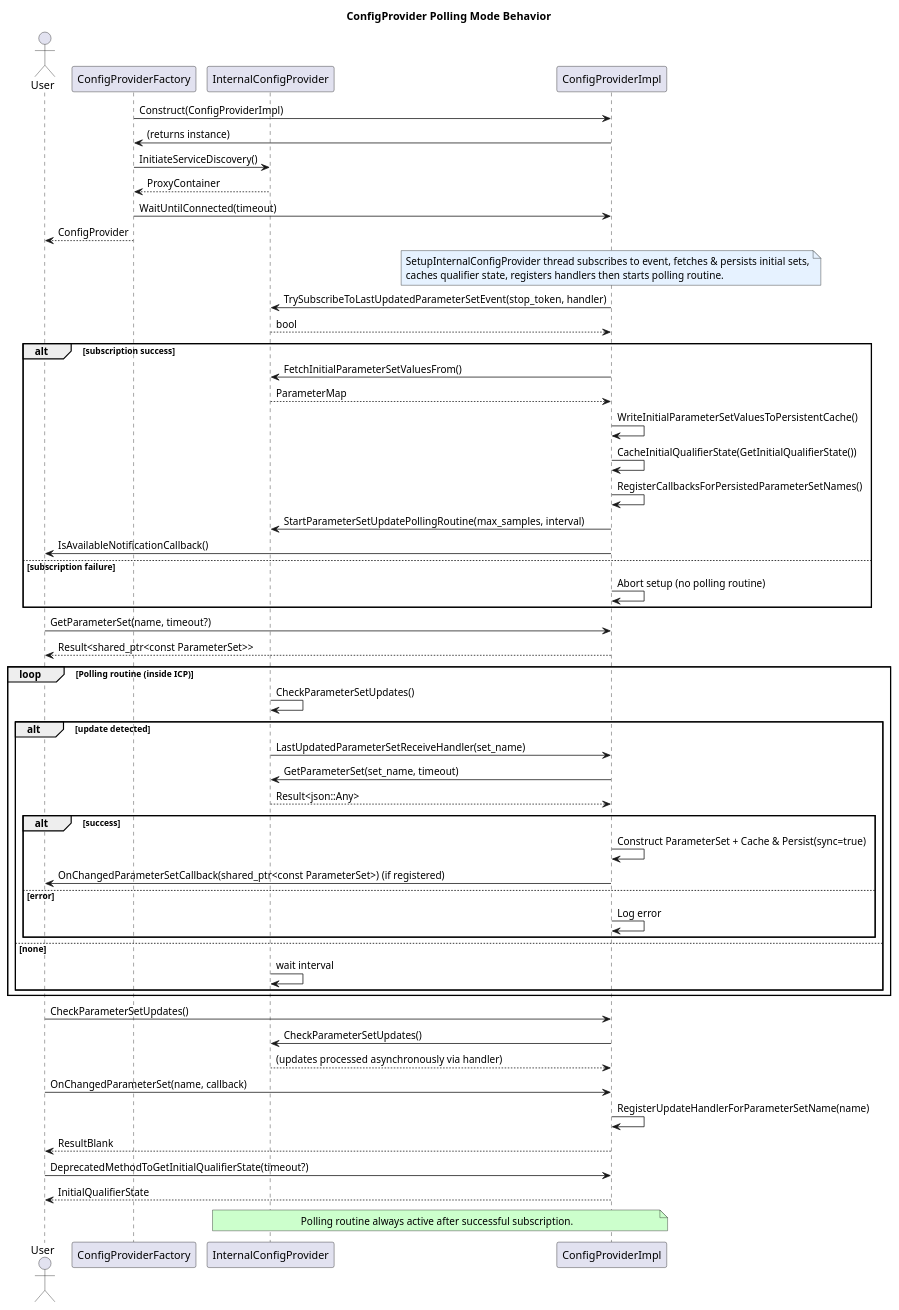
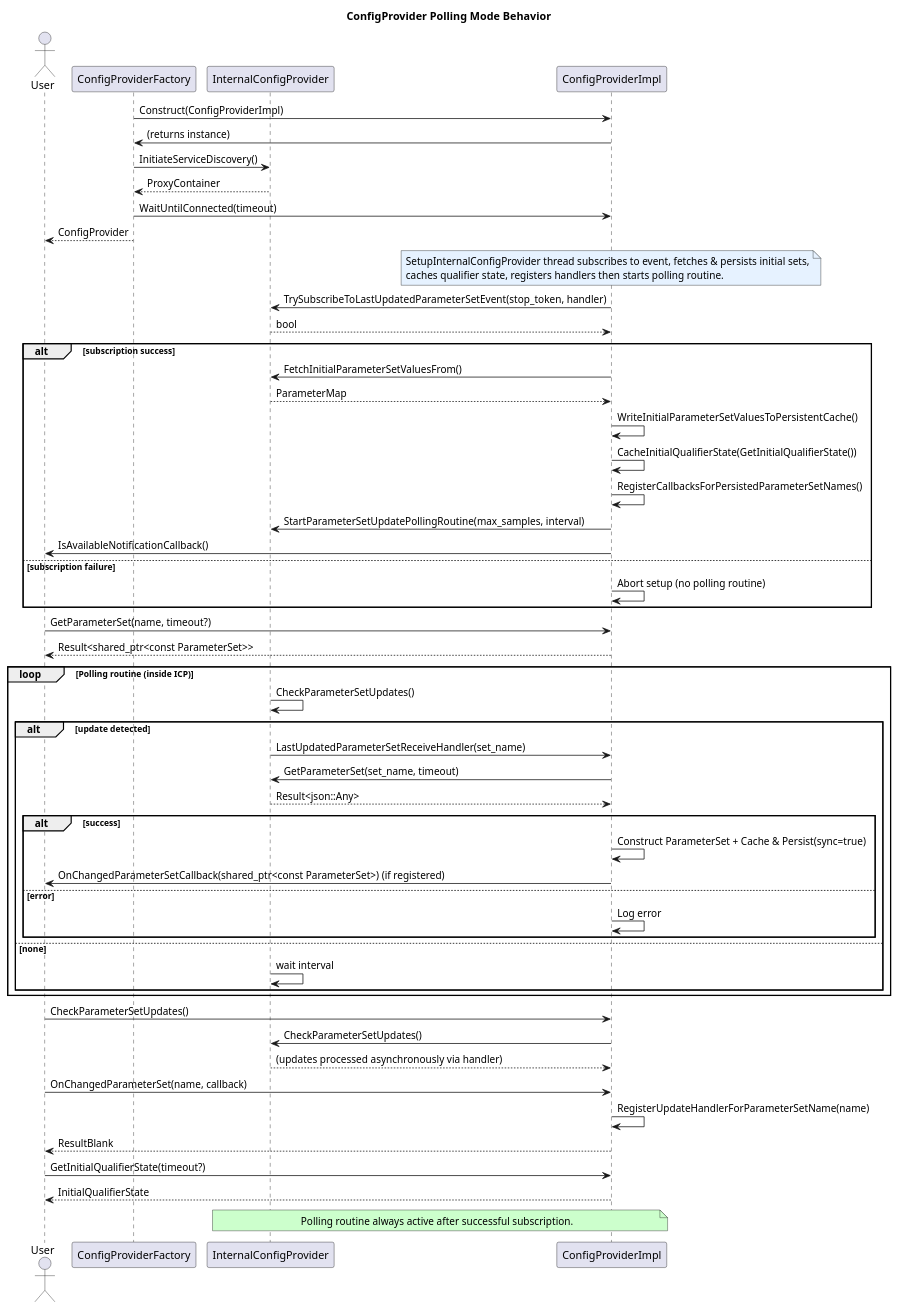
Before and after one commit to eclipse-score/config_management: the diagram in score/config_management/config_provider/detailed_design/assets/polling_mode.puml, drawn with PlantUML. The commit also changed 45 other files, not shown here.

```diff
--- a/score/config_management/config_provider/detailed_design/assets/polling_mode.puml
+++ b/score/config_management/config_provider/detailed_design/assets/polling_mode.puml
@@ -1,78 +1,78 @@
 @startuml PollingMode
 title ConfigProvider Polling Mode Behavior
 skinparam SequenceMessageAlignment left
 skinparam NoteBackgroundColor #E6F2FF
 skinparam BoxPadding 8
 
 actor User as UserBusinessLogic
 participant "ConfigProviderFactory" as CPF
 participant "InternalConfigProvider" as ICP
 participant "ConfigProviderImpl" as CP
 
 ' Factory creates provider (with polling params)
 CPF -> CP : Construct(ConfigProviderImpl)
 CP -> CPF : (returns instance)
 CPF -> ICP : InitiateServiceDiscovery()
 ICP --> CPF : ProxyContainer
 CPF -> CP : WaitUntilConnected(timeout)
 CPF --> UserBusinessLogic : ConfigProvider
 
 note over CP
 SetupInternalConfigProvider thread subscribes to event, fetches & persists initial sets,
 caches qualifier state, registers handlers then starts polling routine.
 end note
 
 CP -> ICP : TrySubscribeToLastUpdatedParameterSetEvent(stop_token, handler)
 ICP --> CP : bool
 alt subscription success
   CP -> ICP : FetchInitialParameterSetValuesFrom()
   ICP --> CP : ParameterMap
   CP -> CP : WriteInitialParameterSetValuesToPersistentCache()
   CP -> CP : CacheInitialQualifierState(GetInitialQualifierState())
   CP -> CP : RegisterCallbacksForPersistedParameterSetNames()
   CP -> ICP : StartParameterSetUpdatePollingRoutine(max_samples, interval)
   CP -> UserBusinessLogic : IsAvailableNotificationCallback()
 else subscription failure
   CP -> CP : Abort setup (no polling routine)
 end
 
 ' User retrieves cached set
 UserBusinessLogic -> CP : GetParameterSet(name, timeout?)
 CP --> UserBusinessLogic : Result<shared_ptr<const ParameterSet>>
 
 loop Polling routine (inside ICP)
   ICP -> ICP : CheckParameterSetUpdates()
   alt update detected
     ICP -> CP : LastUpdatedParameterSetReceiveHandler(set_name)
     CP -> ICP : GetParameterSet(set_name, timeout)
     ICP --> CP : Result<json::Any>
     alt success
       CP -> CP : Construct ParameterSet + Cache & Persist(sync=true)
       CP -> UserBusinessLogic : OnChangedParameterSetCallback(shared_ptr<const ParameterSet>) (if registered)
     else error
       CP -> CP : Log error
     end
   else none
     ICP -> ICP : wait interval
   end
 end
 
 ' Manual stimulation (user forces check)
 UserBusinessLogic -> CP : CheckParameterSetUpdates()
 CP -> ICP : CheckParameterSetUpdates()
 ICP --> CP : (updates processed asynchronously via handler)
 
 ' User subscribes for notifications
 UserBusinessLogic -> CP : OnChangedParameterSet(name, callback)
 CP -> CP : RegisterUpdateHandlerForParameterSetName(name)
 CP --> UserBusinessLogic : ResultBlank
 
 ' Obtain cached InitialQualifierState
-UserBusinessLogic -> CP : DeprecatedMethodToGetInitialQualifierState(timeout?)
+UserBusinessLogic -> CP : GetInitialQualifierState(timeout?)
 CP --> UserBusinessLogic : InitialQualifierState
 
 note over CP, ICP #ccffcc
 Polling routine always active after successful subscription.
 end note
 
 @enduml
```
